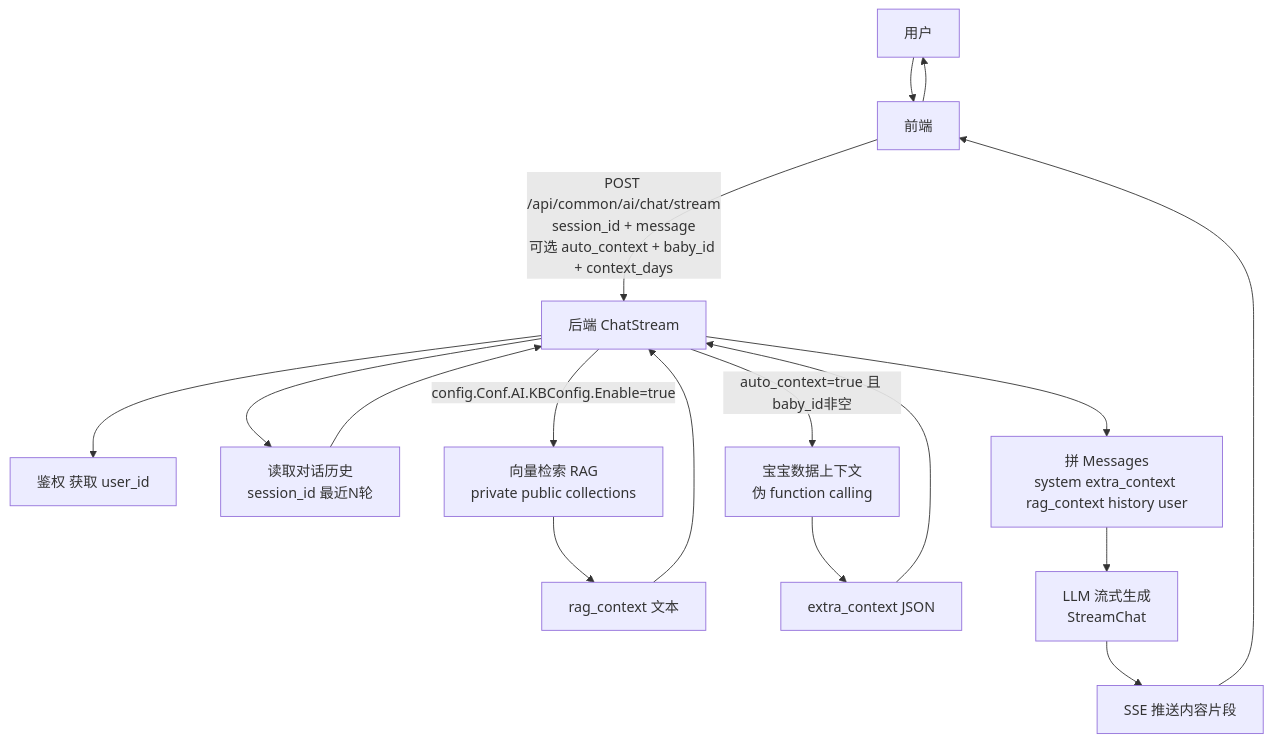
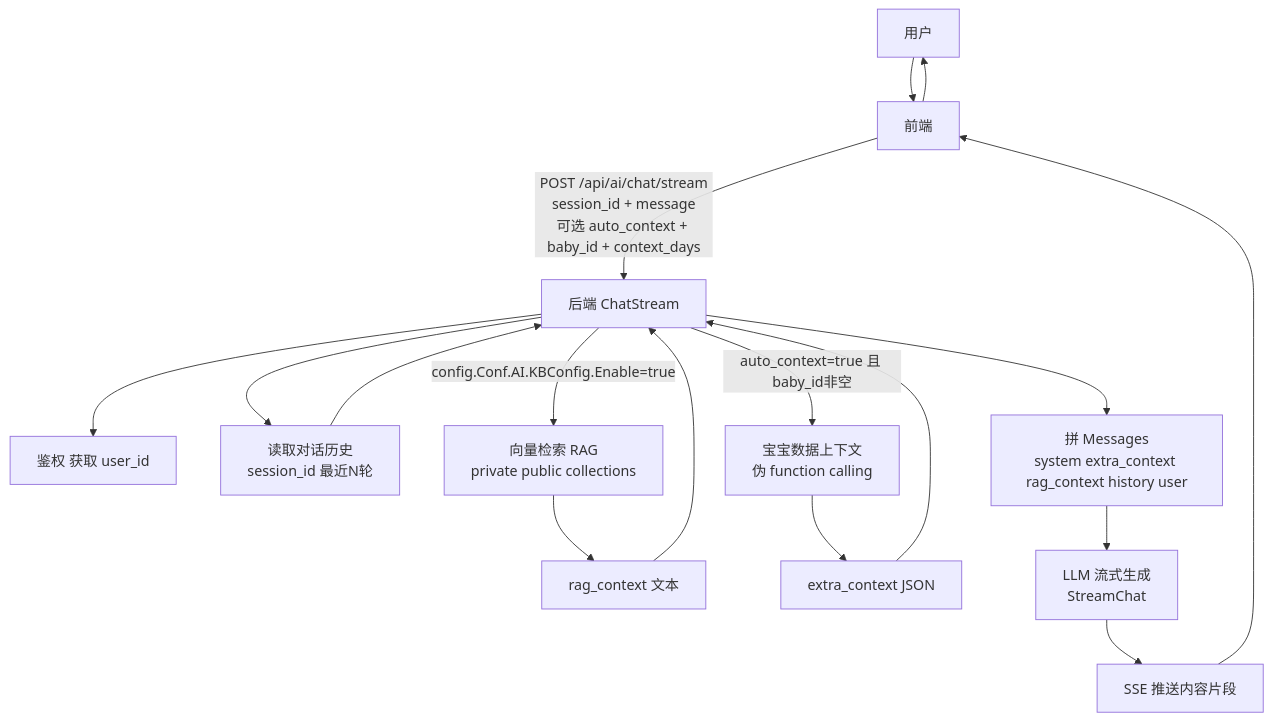
Before and after one commit to Goblin-Master/nurture: the second of 6 diagrams in docs/mermaid.md, drawn with Mermaid. The commit also changed other lines of this file and 10 other files, not shown here.

Commit message:
refactor: remove common api group

````diff
--- a/docs/mermaid.md
+++ b/docs/mermaid.md
@@ -16,24 +16,24 @@
 ```mermaid
 flowchart TD
   U[用户] --> FE[前端]
-  FE -->|POST /api/common/ai/chat/stream<br/>session_id + message<br/>可选 auto_context + baby_id + context_days| API[后端 ChatStream]
+  FE -->|POST /api/ai/chat/stream<br/>session_id + message<br/>可选 auto_context + baby_id + context_days| API[后端 ChatStream]
 
   API --> AUTH[鉴权 获取 user_id]
 
   API --> H[读取对话历史<br/>session_id 最近N轮]
   H --> API
 
   API -->|config.Conf.AI.KBConfig.Enable=true| RAG[向量检索 RAG<br/>private public collections]
   RAG --> RC[rag_context 文本]
   RC --> API
 
   API -->|auto_context=true 且 baby_id非空| BC[宝宝数据上下文<br/>伪 function calling]
   BC --> EC[extra_context JSON]
   EC --> API
 
   API --> PM[拼 Messages<br/>system extra_context rag_context history user]
   PM --> LLM[LLM 流式生成<br/>StreamChat]
   LLM --> SSE[SSE 推送内容片段]
   SSE --> FE
   FE --> U
 ```
````
